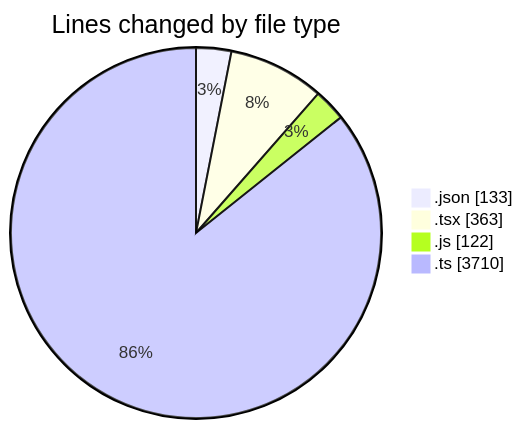
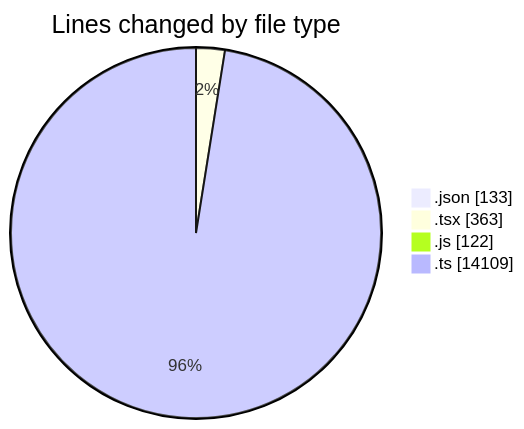
The first of 2 diagrams in 2026-01-14/cda/README.md (momahboobian/code-tracking), drawn with Mermaid before and after one commit. The commit also changed other lines of this file and 1 other file, not shown here.

````diff
--- a/2026-01-14/cda/README.md
+++ b/2026-01-14/cda/README.md
@@ -26,8 +28,8 @@
 ```mermaid
 pie showData
 title Lines changed by file type
 ".json" : 133
 ".tsx" : 363
 ".js" : 122
-".ts" : 3710
+".ts" : 14109
 ```
````
